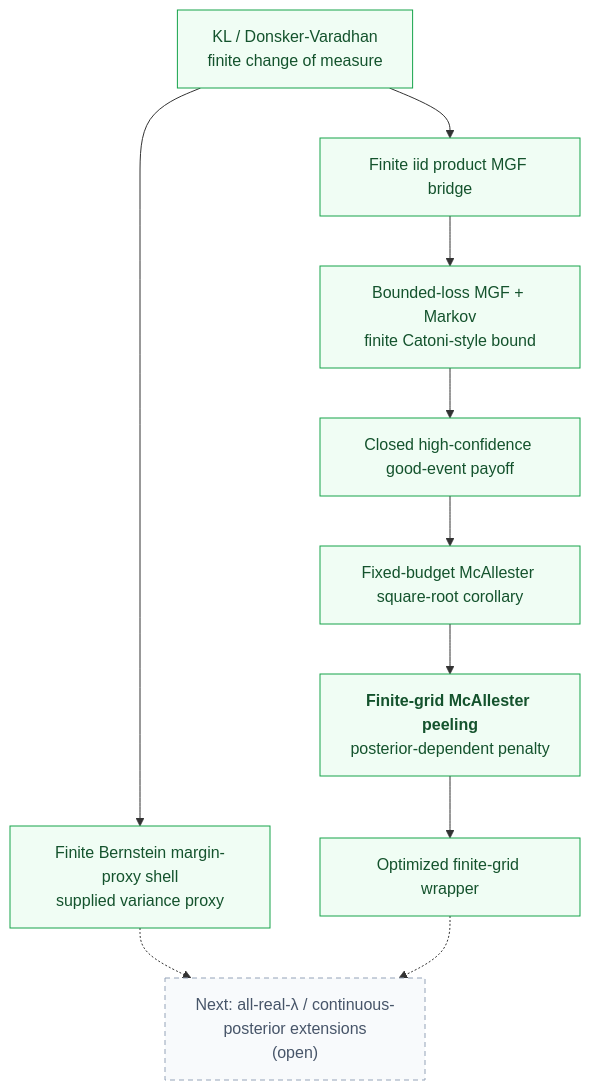
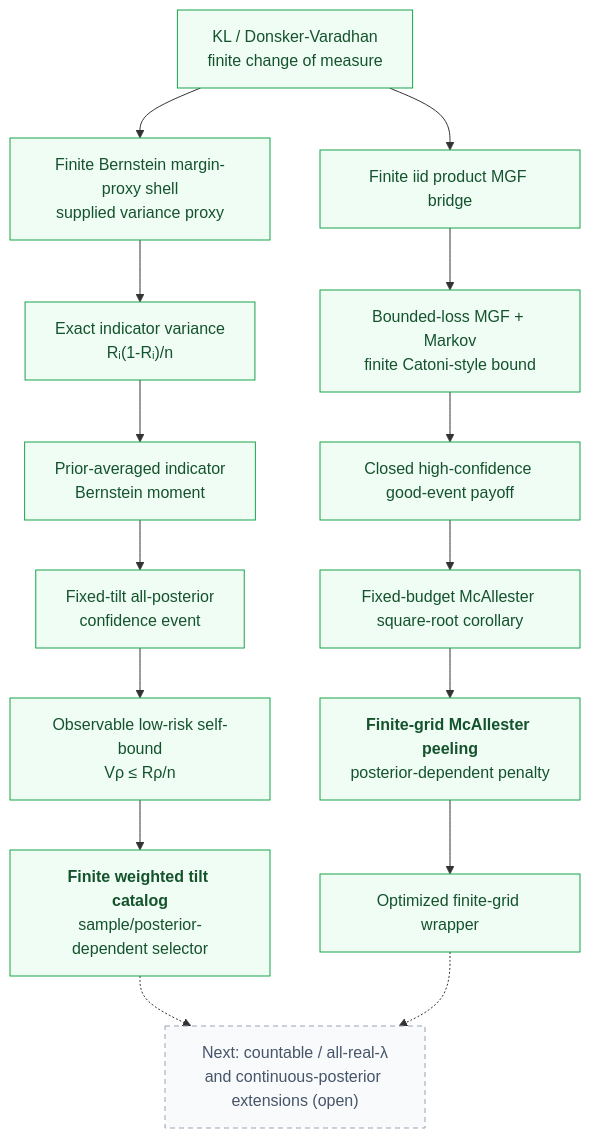
One commit to Robby955/FormalSLT changed the sixth of 7 diagrams in docs/diagrams.md. Above: the diagram before and after it, drawn with Mermaid. The commit also changed other lines of this file and 20 other files, not shown here.

Commit message:
feat(pac-bayes): add weighted indicator tilt catalog

````diff
--- a/docs/diagrams.md
+++ b/docs/diagrams.md
@@ -192,22 +193,27 @@
 ```mermaid
 flowchart TD
     kl["KL / Donsker-Varadhan<br/>finite change of measure"]
     mgf["Finite iid product MGF bridge"]
     catoni["Bounded-loss MGF + Markov<br/>finite Catoni-style bound"]
     payoff["Closed high-confidence good-event payoff"]
     fixed["Fixed-budget McAllester square-root corollary"]
     peeling["<b>Finite-grid McAllester peeling</b><br/>posterior-dependent penalty"]
     optimized["Optimized finite-grid wrapper"]
     bernstein["Finite Bernstein margin-proxy shell<br/>supplied variance proxy"]
-    future["Next: all-real-λ / continuous-posterior extensions<br/>(open)"]
+    variance["Exact indicator variance<br/>Rᵢ(1-Rᵢ)/n"]
+    moment["Prior-averaged indicator<br/>Bernstein moment"]
+    confidence["Fixed-tilt all-posterior<br/>confidence event"]
+    lowrisk["Observable low-risk self-bound<br/>Vρ ≤ Rρ/n"]
+    catalog["<b>Finite weighted tilt catalog</b><br/>sample/posterior-dependent selector"]
+    future["Next: countable / all-real-λ<br/>and continuous-posterior extensions (open)"]
 
     kl --> mgf --> catoni --> payoff --> fixed --> peeling --> optimized
-    kl --> bernstein
-    bernstein -.-> future
+    kl --> bernstein --> variance --> moment --> confidence --> lowrisk --> catalog
+    catalog -.-> future
     optimized -.-> future
 
     classDef verified fill:#f0fdf4,stroke:#16a34a,color:#14532d;
     classDef future fill:#f8fafc,stroke:#94a3b8,color:#475569,stroke-dasharray: 5 4;
-    class kl,mgf,catoni,payoff,fixed,peeling,optimized,bernstein verified;
+    class kl,mgf,catoni,payoff,fixed,peeling,optimized,bernstein,variance,moment,confidence,lowrisk,catalog verified;
     class future future;
 ```
````
